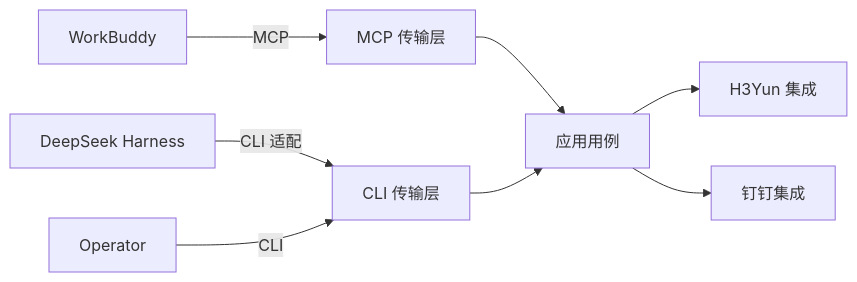
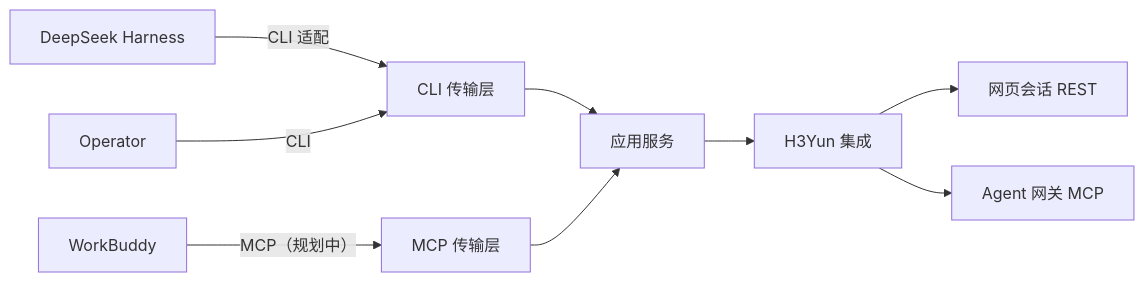
Before and after one commit to mmungdong/crwu-ai: the diagram in README.zh-CN.md, drawn with Mermaid. The commit also changed other lines of this file and 3 other files, not shown here.

````diff
--- a/README.zh-CN.md
+++ b/README.zh-CN.md
@@ -178,10 +145,11 @@
 ```mermaid
 flowchart LR
-    WorkBuddy -->|MCP| MCP_TRANSPORT[MCP 传输层]
-    DeepSeek[DeepSeek Harness] -->|CLI 适配| CLI_TRANSPORT
-    Operator  -->|CLI| CLI_TRANSPORT[CLI 传输层]
-    MCP_TRANSPORT --> APP[应用用例]
-    CLI_TRANSPORT --> APP
+    WorkBuddy -->|MCP（规划中）| MCP_TRANSPORT[MCP 传输层]
+    DeepSeek[DeepSeek Harness] -->|CLI 适配| CLI_TRANSPORT[CLI 传输层]
+    Operator -->|CLI| CLI_TRANSPORT
+    CLI_TRANSPORT --> APP[应用服务]
+    MCP_TRANSPORT --> APP
     APP --> H3Yun[H3Yun 集成]
-    APP --> DingTalk[钉钉集成]
+    H3Yun --> S[网页会话 REST]
+    H3Yun --> A[Agent 网关 MCP]
 ```
````
